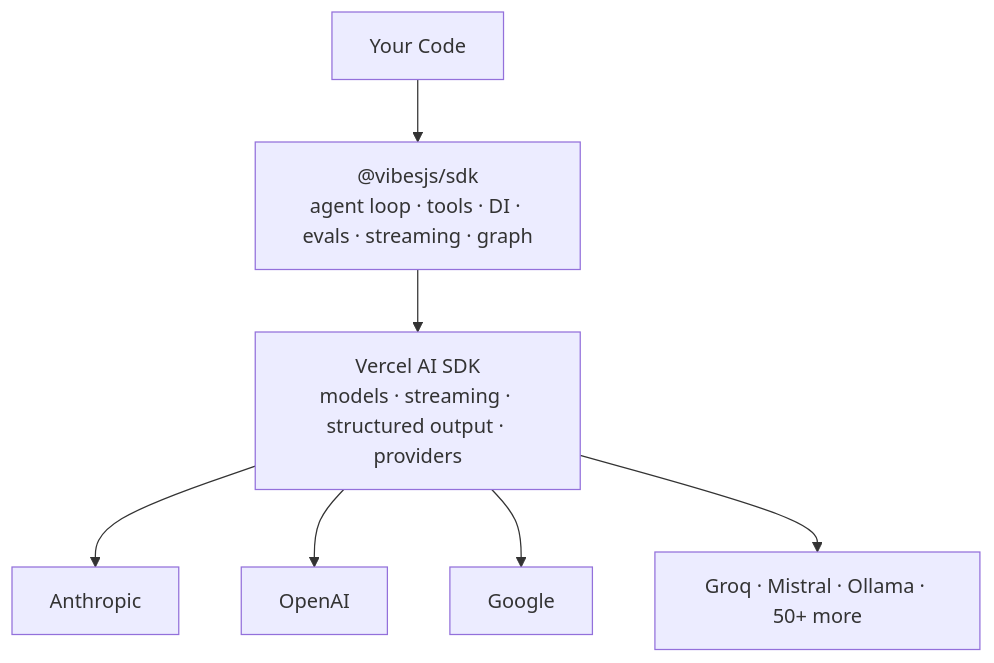
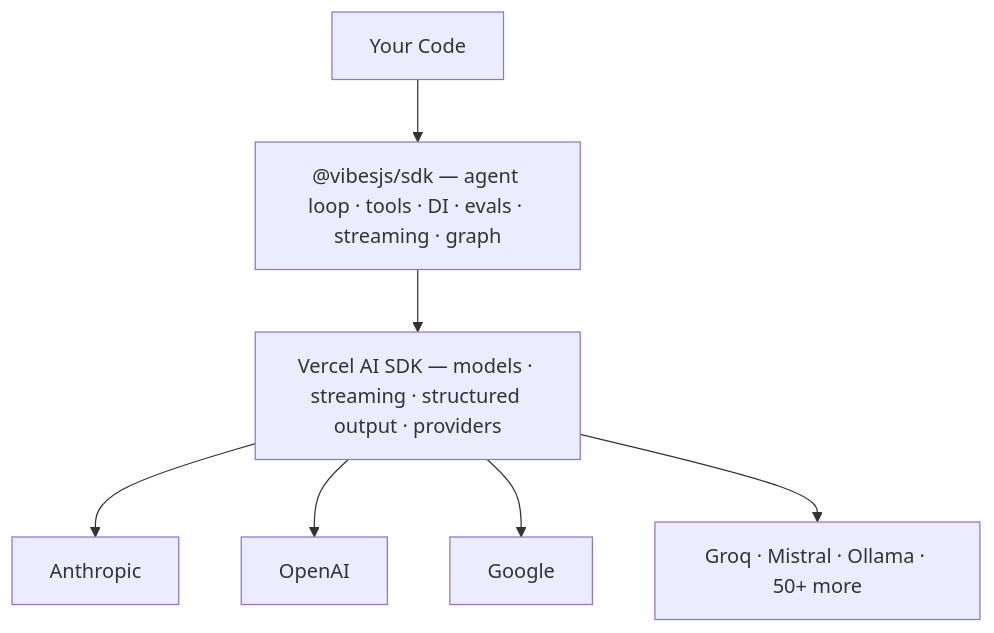
The first of 2 diagrams in README.md (a7ul/vibes), drawn with Mermaid before and after one commit.

Commit message:
fix: replace \n with em dash in mermaid node labels

````diff
--- a/README.md
+++ b/README.md
@@ -30,9 +30,9 @@
 ```mermaid
 flowchart TD
-    A[Your Code] --> B["@vibesjs/sdk\nagent loop · tools · DI · evals · streaming · graph"]
-    B --> C["Vercel AI SDK\nmodels · streaming · structured output · providers"]
+    A[Your Code] --> B["@vibesjs/sdk — agent loop · tools · DI · evals · streaming · graph"]
+    B --> C["Vercel AI SDK — models · streaming · structured output · providers"]
     C --> D[Anthropic]
     C --> E[OpenAI]
     C --> F[Google]
     C --> G["Groq · Mistral · Ollama · 50+ more"]
 ```
````
